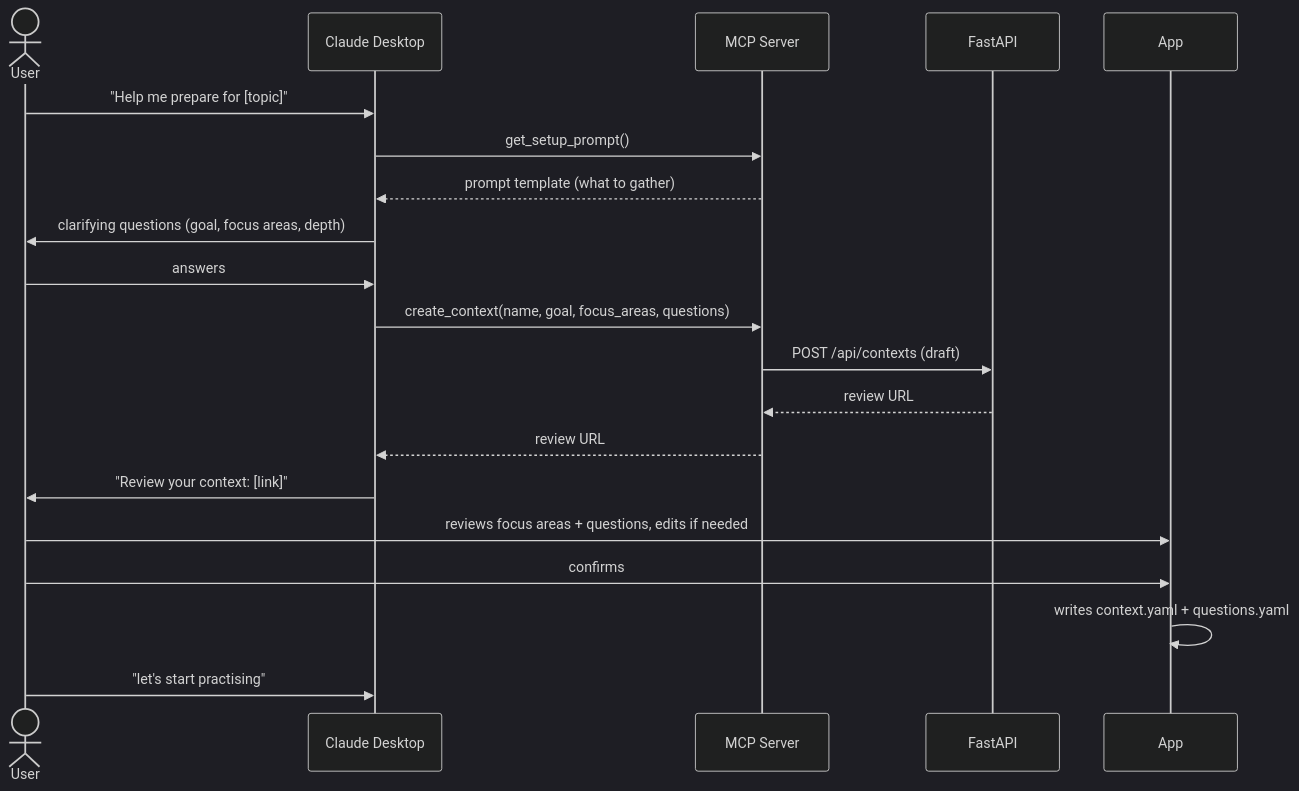
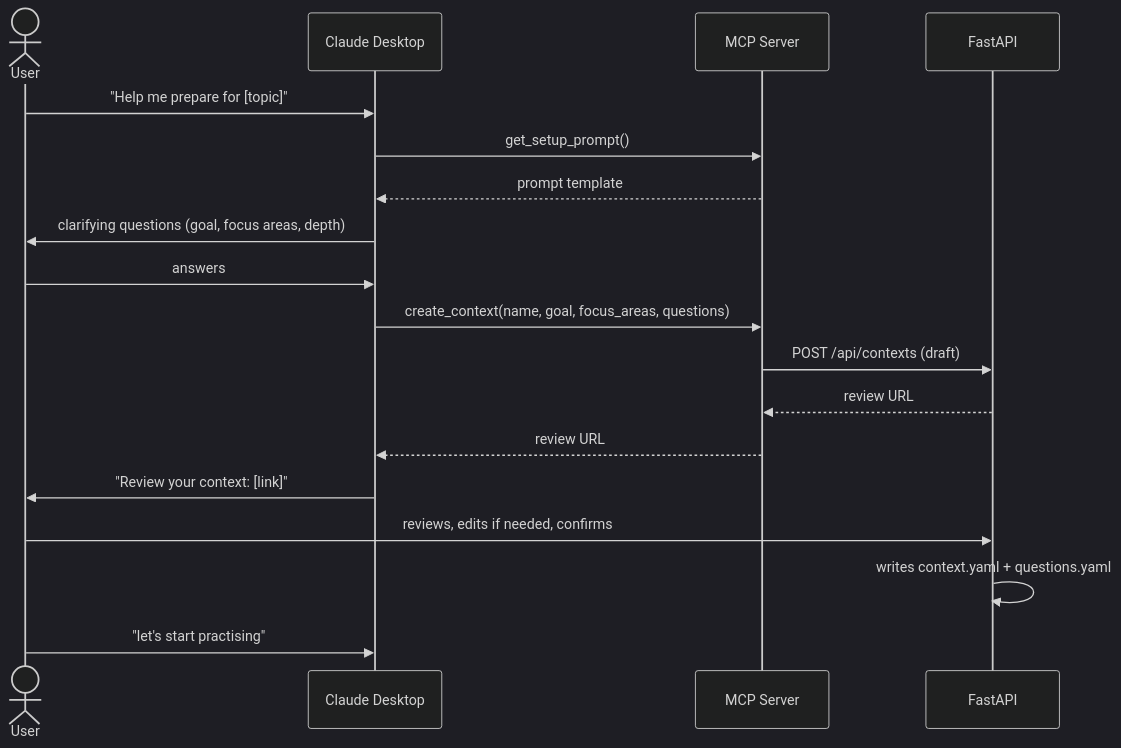
Before and after one commit to lmchoi/learning-tool: the third of 5 diagrams in docs/design/chat-integration-mcp.md, drawn with Mermaid (dark theme). The commit also changed other lines of this file, not shown here.

````diff
--- a/docs/design/chat-integration-mcp.md
+++ b/docs/design/chat-integration-mcp.md
@@ -37,22 +224,21 @@
 ```mermaid
 sequenceDiagram
     actor User
     participant Claude as Claude Desktop
     participant MCP as MCP Server
     participant API as FastAPI
 
     User->>Claude: "Help me prepare for [topic]"
     Claude->>MCP: get_setup_prompt()
-    MCP-->>Claude: prompt template (what to gather)
+    MCP-->>Claude: prompt template
     Claude->>User: clarifying questions (goal, focus areas, depth)
     User->>Claude: answers
     Claude->>MCP: create_context(name, goal, focus_areas, questions)
     MCP->>API: POST /api/contexts (draft)
     API-->>MCP: review URL
     MCP-->>Claude: review URL
     Claude->>User: "Review your context: [link]"
-    User->>App: reviews focus areas + questions, edits if needed
-    User->>App: confirms
-    App->>App: writes context.yaml + questions.yaml
+    User->>API: reviews, edits if needed, confirms
+    API->>API: writes context.yaml + questions.yaml
     User->>Claude: "let's start practising"
 ```
````
